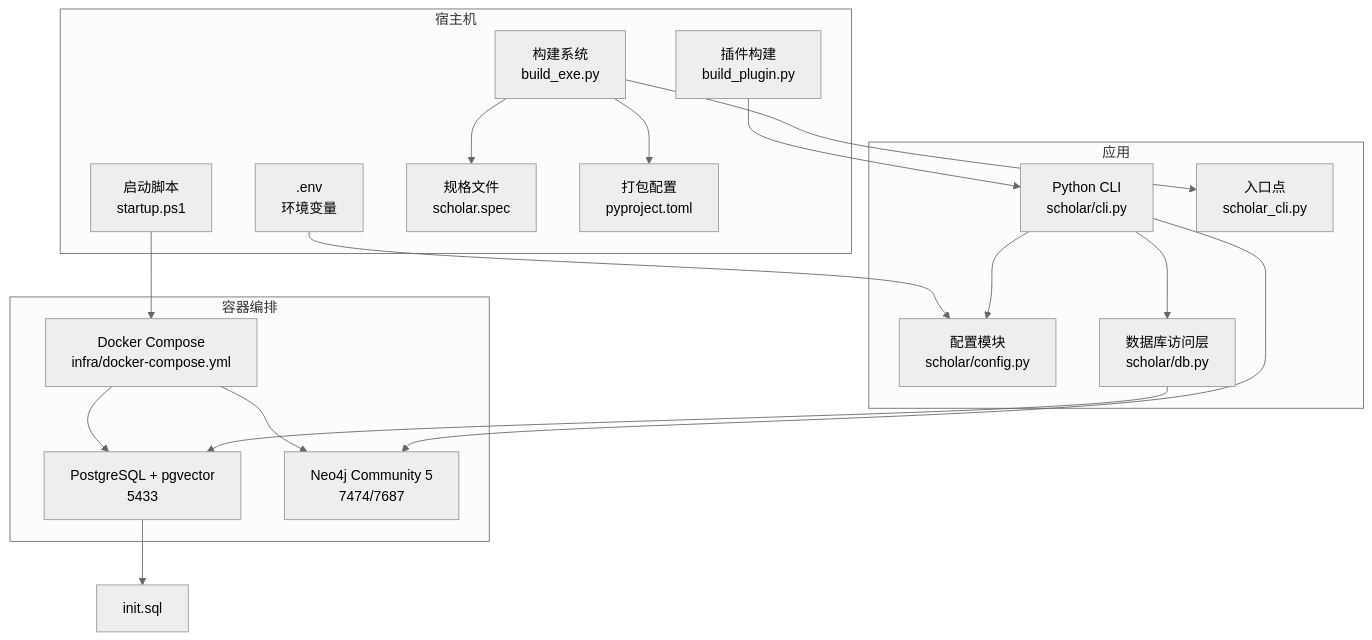
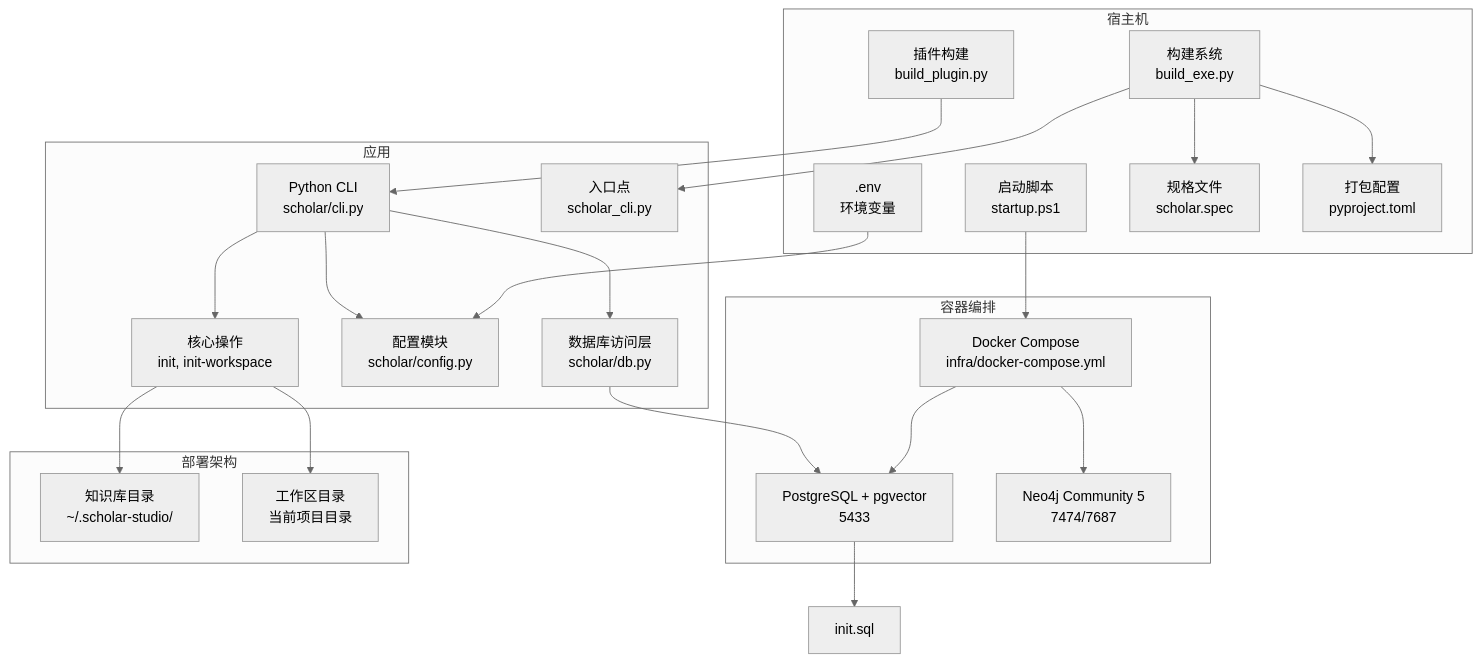
Before and after one commit to 1173591564/academic-based-qoder: the second of 10 diagrams in .qoder/repowiki/zh/content/部署与运维/部署与运维.md, drawn with Mermaid (neutral theme). The commit also changed other lines of this file and 75 other files, not shown here.

````diff
--- a/.qoder/repowiki/zh/content/部署与运维/部署与运维.md
+++ b/.qoder/repowiki/zh/content/部署与运维/部署与运维.md
@@ -159,35 +186,42 @@
 ```mermaid
 graph TB
 subgraph "宿主机"
 START["启动脚本<br/>startup.ps1"]
 ENV[".env<br/>环境变量"]
 BUILD["构建系统<br/>build_exe.py"]
 SPEC["规格文件<br/>scholar.spec"]
 SETUP["打包配置<br/>pyproject.toml"]
 PLUGIN["插件构建<br/>build_plugin.py"]
 end
 subgraph "容器编排"
 DC["Docker Compose<br/>infra/docker-compose.yml"]
 PG["PostgreSQL + pgvector<br/>5433"]
 N4J["Neo4j Community 5<br/>7474/7687"]
 end
 subgraph "应用"
 PY["Python CLI<br/>scholar/cli.py"]
+COREOPS["核心操作<br/>init, init-workspace"]
 CFG["配置模块<br/>scholar/config.py"]
 DB["数据库访问层<br/>scholar/db.py"]
 ENDPOINT["入口点<br/>scholar_cli.py"]
+end
+subgraph "部署架构"
+KB["知识库目录<br/>~/.scholar-studio/"]
+WS["工作区目录<br/>当前项目目录"]
 end
 START --> DC
 BUILD --> SPEC
 BUILD --> SETUP
 BUILD --> ENDPOINT
 PLUGIN --> PY
 ENV --> CFG
 DC --> PG
 DC --> N4J
+PY --> COREOPS
 PY --> CFG
 PY --> DB
+COREOPS --> KB
+COREOPS --> WS
 DB --> PG
-PY --> N4J
 PG --> INIT["init.sql"]
 ```
````
